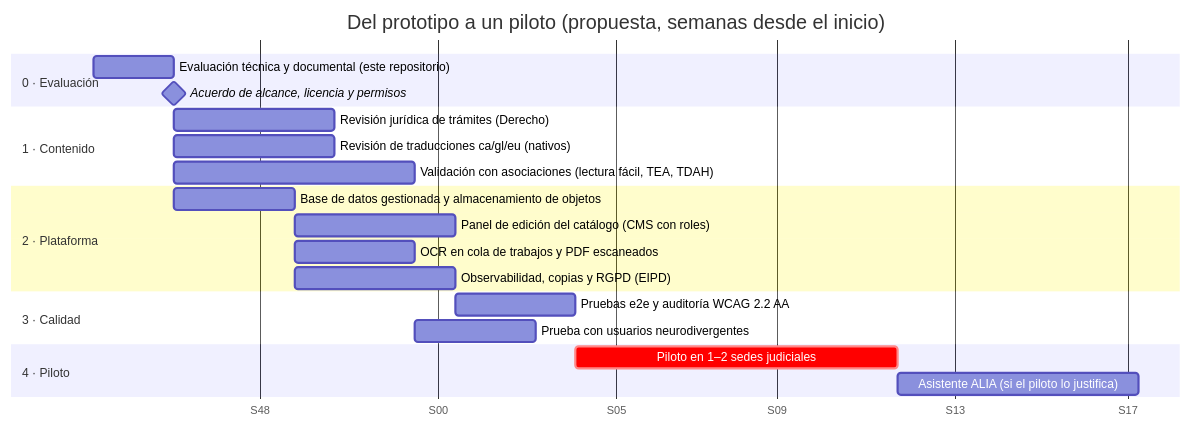
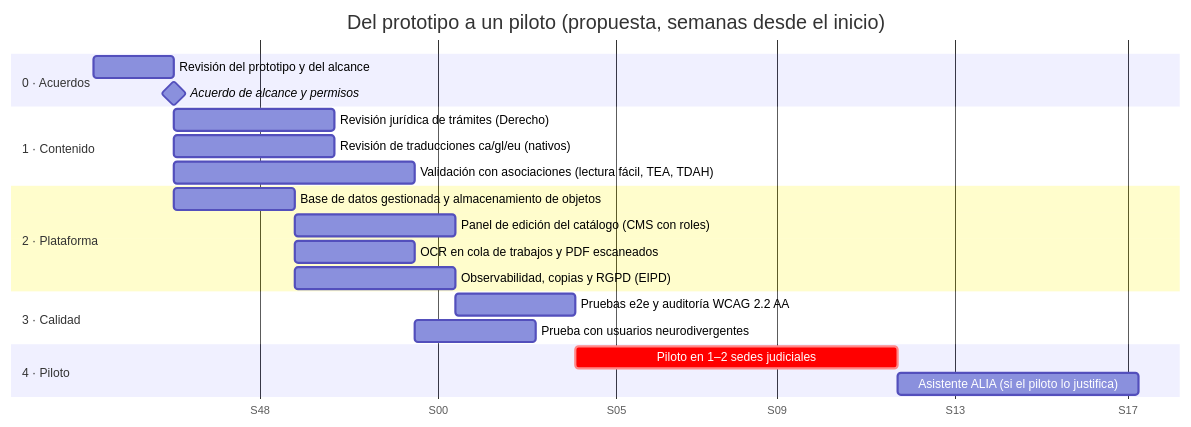
One commit to perezllanosnicolas/Datathon changed the second of 12 diagrams in docs/07-Diagramas.md. Above: the diagram before and after it, drawn with Mermaid. The commit also changed other lines of this file and 25 other files, not shown here.

````diff
--- a/docs/07-Diagramas.md
+++ b/docs/07-Diagramas.md
@@ -66,30 +66,30 @@
 ```mermaid
 gantt
     title Del prototipo a un piloto (propuesta, semanas desde el inicio)
     dateFormat YYYY-MM-DD
     axisFormat S%W
     todayMarker off
 
-    section 0 · Evaluación
-    Evaluación técnica y documental (este repositorio) :a0, 2026-11-02, 2w
-    Acuerdo de alcance, licencia y permisos            :milestone, a1, after a0, 0d
+    section 0 · Acuerdos
+    Revisión del prototipo y del alcance               :a0, 2026-11-02, 2w
+    Acuerdo de alcance y permisos                      :milestone, a1, after a0, 0d
 
     section 1 · Contenido
     Revisión jurídica de trámites (Derecho)            :c1, after a1, 4w
     Revisión de traducciones ca/gl/eu (nativos)        :c2, after a1, 4w
     Validación con asociaciones (lectura fácil, TEA, TDAH) :c3, after a1, 6w
 
     section 2 · Plataforma
     Base de datos gestionada y almacenamiento de objetos :p1, after a1, 3w
     Panel de edición del catálogo (CMS con roles)      :p2, after p1, 4w
     OCR en cola de trabajos y PDF escaneados           :p3, after p1, 3w
     Observabilidad, copias y RGPD (EIPD)               :p4, after p1, 4w
 
     section 3 · Calidad
     Pruebas e2e y auditoría WCAG 2.2 AA                :q1, after p2, 3w
     Prueba con usuarios neurodivergentes               :q2, after c3, 3w
 
     section 4 · Piloto
     Piloto en 1–2 sedes judiciales                     :crit, pil, after q1, 8w
     Asistente ALIA (si el piloto lo justifica)         :ai, after pil, 6w
 ```
````
